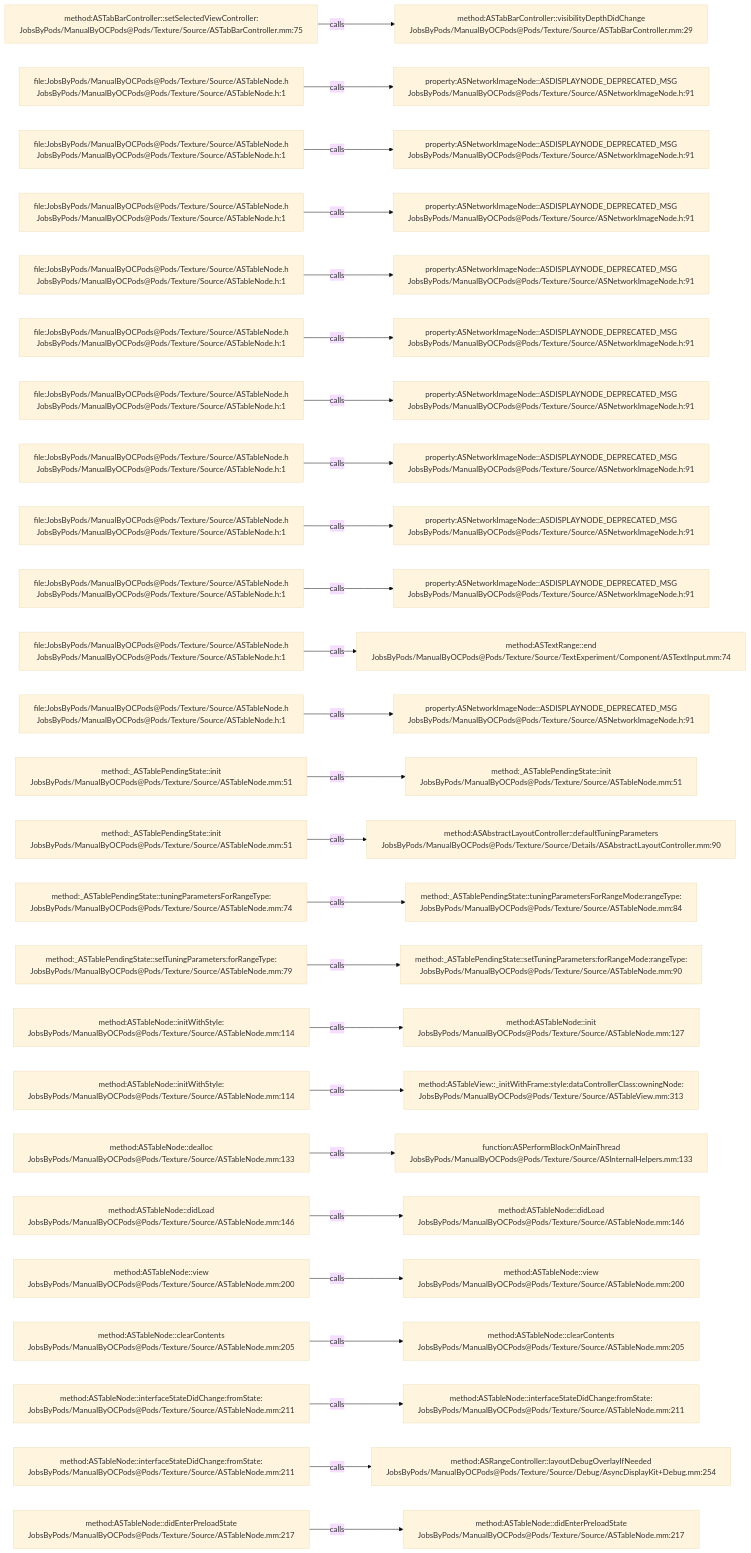
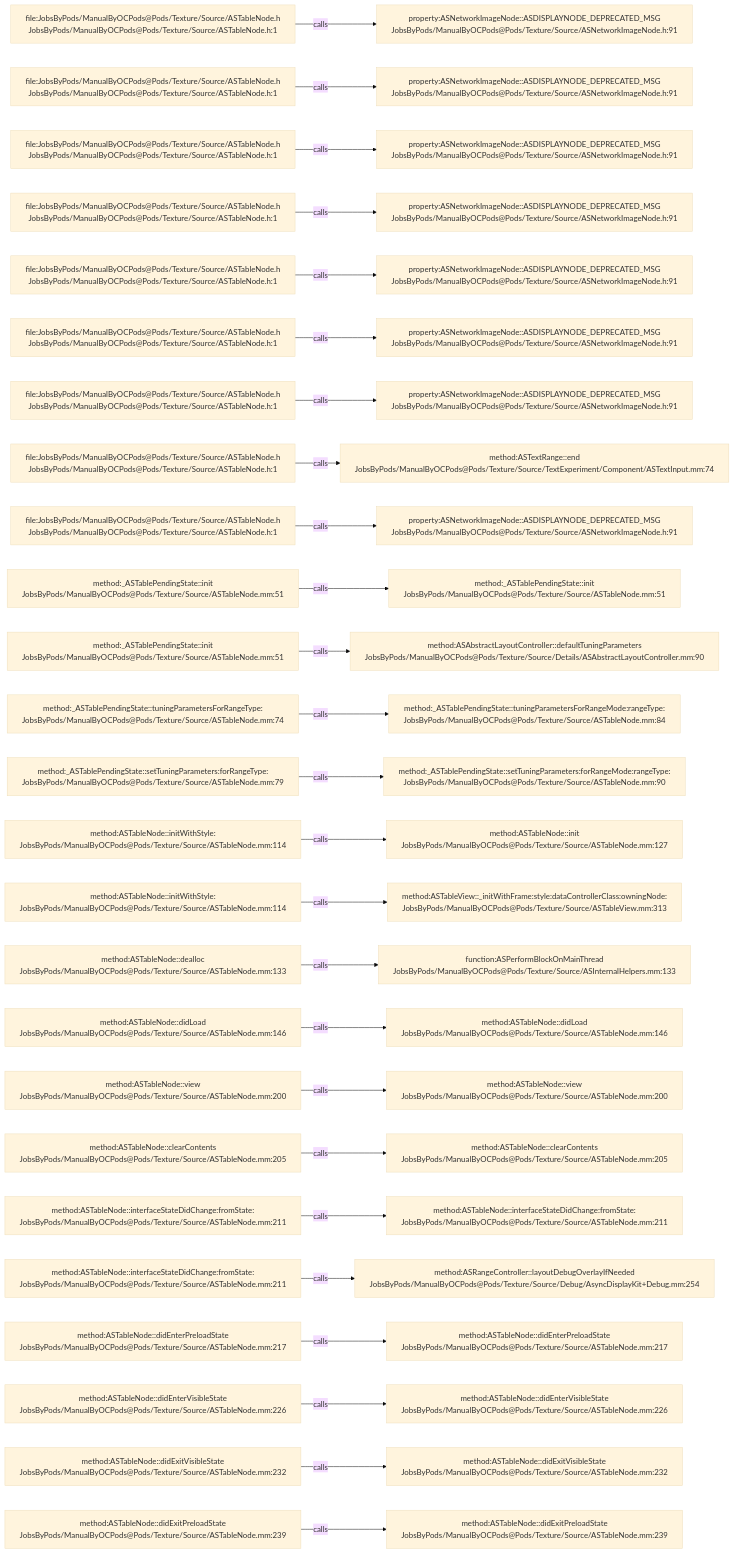
One commit to JobsKits/JobsOCBaseConfigDemo changed the diagram in .codegraph/codegraph.md/graphs/calls-124.md. Above: the diagram before and after it, drawn with Mermaid (base theme). The commit also changed 342 other files, not shown here.

````diff
--- a/.codegraph/codegraph.md/graphs/calls-124.md
+++ b/.codegraph/codegraph.md/graphs/calls-124.md
@@ -13,78 +13,78 @@
 ```mermaid
 flowchart LR
-  S1["method:ASTabBarController::setSelectedViewController:<br/>JobsByPods/ManualByOCPods@Pods/Texture/Source/ASTabBarController.mm:75"]
-  T1["method:ASTabBarController::visibilityDepthDidChange<br/>JobsByPods/ManualByOCPods@Pods/Texture/Source/ASTabBarController.mm:29"]
+  S1["file:JobsByPods/ManualByOCPods@Pods/Texture/Source/ASTableNode.h<br/>JobsByPods/ManualByOCPods@Pods/Texture/Source/ASTableNode.h:1"]
+  T1["property:ASNetworkImageNode::ASDISPLAYNODE_DEPRECATED_MSG<br/>JobsByPods/ManualByOCPods@Pods/Texture/Source/ASNetworkImageNode.h:91"]
   S1 -->|calls| T1
   S2["file:JobsByPods/ManualByOCPods@Pods/Texture/Source/ASTableNode.h<br/>JobsByPods/ManualByOCPods@Pods/Texture/Source/ASTableNode.h:1"]
   T2["property:ASNetworkImageNode::ASDISPLAYNODE_DEPRECATED_MSG<br/>JobsByPods/ManualByOCPods@Pods/Texture/Source/ASNetworkImageNode.h:91"]
   S2 -->|calls| T2
   S3["file:JobsByPods/ManualByOCPods@Pods/Texture/Source/ASTableNode.h<br/>JobsByPods/ManualByOCPods@Pods/Texture/Source/ASTableNode.h:1"]
   T3["property:ASNetworkImageNode::ASDISPLAYNODE_DEPRECATED_MSG<br/>JobsByPods/ManualByOCPods@Pods/Texture/Source/ASNetworkImageNode.h:91"]
   S3 -->|calls| T3
   S4["file:JobsByPods/ManualByOCPods@Pods/Texture/Source/ASTableNode.h<br/>JobsByPods/ManualByOCPods@Pods/Texture/Source/ASTableNode.h:1"]
   T4["property:ASNetworkImageNode::ASDISPLAYNODE_DEPRECATED_MSG<br/>JobsByPods/ManualByOCPods@Pods/Texture/Source/ASNetworkImageNode.h:91"]
   S4 -->|calls| T4
   S5["file:JobsByPods/ManualByOCPods@Pods/Texture/Source/ASTableNode.h<br/>JobsByPods/ManualByOCPods@Pods/Texture/Source/ASTableNode.h:1"]
   T5["property:ASNetworkImageNode::ASDISPLAYNODE_DEPRECATED_MSG<br/>JobsByPods/ManualByOCPods@Pods/Texture/Source/ASNetworkImageNode.h:91"]
   S5 -->|calls| T5
   S6["file:JobsByPods/ManualByOCPods@Pods/Texture/Source/ASTableNode.h<br/>JobsByPods/ManualByOCPods@Pods/Texture/Source/ASTableNode.h:1"]
   T6["property:ASNetworkImageNode::ASDISPLAYNODE_DEPRECATED_MSG<br/>JobsByPods/ManualByOCPods@Pods/Texture/Source/ASNetworkImageNode.h:91"]
   S6 -->|calls| T6
   S7["file:JobsByPods/ManualByOCPods@Pods/Texture/Source/ASTableNode.h<br/>JobsByPods/ManualByOCPods@Pods/Texture/Source/ASTableNode.h:1"]
   T7["property:ASNetworkImageNode::ASDISPLAYNODE_DEPRECATED_MSG<br/>JobsByPods/ManualByOCPods@Pods/Texture/Source/ASNetworkImageNode.h:91"]
   S7 -->|calls| T7
   S8["file:JobsByPods/ManualByOCPods@Pods/Texture/Source/ASTableNode.h<br/>JobsByPods/ManualByOCPods@Pods/Texture/Source/ASTableNode.h:1"]
-  T8["property:ASNetworkImageNode::ASDISPLAYNODE_DEPRECATED_MSG<br/>JobsByPods/ManualByOCPods@Pods/Texture/Source/ASNetworkImageNode.h:91"]
+  T8["method:ASTextRange::end<br/>JobsByPods/ManualByOCPods@Pods/Texture/Source/TextExperiment/Component/ASTextInput.mm:74"]
   S8 -->|calls| T8
   S9["file:JobsByPods/ManualByOCPods@Pods/Texture/Source/ASTableNode.h<br/>JobsByPods/ManualByOCPods@Pods/Texture/Source/ASTableNode.h:1"]
   T9["property:ASNetworkImageNode::ASDISPLAYNODE_DEPRECATED_MSG<br/>JobsByPods/ManualByOCPods@Pods/Texture/Source/ASNetworkImageNode.h:91"]
   S9 -->|calls| T9
-  S10["file:JobsByPods/ManualByOCPods@Pods/Texture/Source/ASTableNode.h<br/>JobsByPods/ManualByOCPods@Pods/Texture/Source/ASTableNode.h:1"]
-  T10["property:ASNetworkImageNode::ASDISPLAYNODE_DEPRECATED_MSG<br/>JobsByPods/ManualByOCPods@Pods/Texture/Source/ASNetworkImageNode.h:91"]
+  S10["method:_ASTablePendingState::init<br/>JobsByPods/ManualByOCPods@Pods/Texture/Source/ASTableNode.mm:51"]
+  T10["method:_ASTablePendingState::init<br/>JobsByPods/ManualByOCPods@Pods/Texture/Source/ASTableNode.mm:51"]
   S10 -->|calls| T10
-  S11["file:JobsByPods/ManualByOCPods@Pods/Texture/Source/ASTableNode.h<br/>JobsByPods/ManualByOCPods@Pods/Texture/Source/ASTableNode.h:1"]
-  T11["method:ASTextRange::end<br/>JobsByPods/ManualByOCPods@Pods/Texture/Source/TextExperiment/Component/ASTextInput.mm:74"]
+  S11["method:_ASTablePendingState::init<br/>JobsByPods/ManualByOCPods@Pods/Texture/Source/ASTableNode.mm:51"]
+  T11["method:ASAbstractLayoutController::defaultTuningParameters<br/>JobsByPods/ManualByOCPods@Pods/Texture/Source/Details/ASAbstractLayoutController.mm:90"]
   S11 -->|calls| T11
-  S12["file:JobsByPods/ManualByOCPods@Pods/Texture/Source/ASTableNode.h<br/>JobsByPods/ManualByOCPods@Pods/Texture/Source/ASTableNode.h:1"]
-  T12["property:ASNetworkImageNode::ASDISPLAYNODE_DEPRECATED_MSG<br/>JobsByPods/ManualByOCPods@Pods/Texture/Source/ASNetworkImageNode.h:91"]
+  S12["method:_ASTablePendingState::tuningParametersForRangeType:<br/>JobsByPods/ManualByOCPods@Pods/Texture/Source/ASTableNode.mm:74"]
+  T12["method:_ASTablePendingState::tuningParametersForRangeMode:rangeType:<br/>JobsByPods/ManualByOCPods@Pods/Texture/Source/ASTableNode.mm:84"]
   S12 -->|calls| T12
-  S13["method:_ASTablePendingState::init<br/>JobsByPods/ManualByOCPods@Pods/Texture/Source/ASTableNode.mm:51"]
-  T13["method:_ASTablePendingState::init<br/>JobsByPods/ManualByOCPods@Pods/Texture/Source/ASTableNode.mm:51"]
+  S13["method:_ASTablePendingState::setTuningParameters:forRangeType:<br/>JobsByPods/ManualByOCPods@Pods/Texture/Source/ASTableNode.mm:79"]
+  T13["method:_ASTablePendingState::setTuningParameters:forRangeMode:rangeType:<br/>JobsByPods/ManualByOCPods@Pods/Texture/Source/ASTableNode.mm:90"]
   S13 -->|calls| T13
-  S14["method:_ASTablePendingState::init<br/>JobsByPods/ManualByOCPods@Pods/Texture/Source/ASTableNode.mm:51"]
-  T14["method:ASAbstractLayoutController::defaultTuningParameters<br/>JobsByPods/ManualByOCPods@Pods/Texture/Source/Details/ASAbstractLayoutController.mm:90"]
+  S14["method:ASTableNode::initWithStyle:<br/>JobsByPods/ManualByOCPods@Pods/Texture/Source/ASTableNode.mm:114"]
+  T14["method:ASTableNode::init<br/>JobsByPods/ManualByOCPods@Pods/Texture/Source/ASTableNode.mm:127"]
   S14 -->|calls| T14
-  S15["method:_ASTablePendingState::tuningParametersForRangeType:<br/>JobsByPods/ManualByOCPods@Pods/Texture/Source/ASTableNode.mm:74"]
-  T15["method:_ASTablePendingState::tuningParametersForRangeMode:rangeType:<br/>JobsByPods/ManualByOCPods@Pods/Texture/Source/ASTableNode.mm:84"]
+  S15["method:ASTableNode::initWithStyle:<br/>JobsByPods/ManualByOCPods@Pods/Texture/Source/ASTableNode.mm:114"]
+  T15["method:ASTableView::_initWithFrame:style:dataControllerClass:owningNode:<br/>JobsByPods/ManualByOCPods@Pods/Texture/Source/ASTableView.mm:313"]
   S15 -->|calls| T15
-  S16["method:_ASTablePendingState::setTuningParameters:forRangeType:<br/>JobsByPods/ManualByOCPods@Pods/Texture/Source/ASTableNode.mm:79"]
-  T16["method:_ASTablePendingState::setTuningParameters:forRangeMode:rangeType:<br/>JobsByPods/ManualByOCPods@Pods/Texture/Source/ASTableNode.mm:90"]
+  S16["method:ASTableNode::dealloc<br/>JobsByPods/ManualByOCPods@Pods/Texture/Source/ASTableNode.mm:133"]
+  T16["function:ASPerformBlockOnMainThread<br/>JobsByPods/ManualByOCPods@Pods/Texture/Source/ASInternalHelpers.mm:133"]
   S16 -->|calls| T16
-  S17["method:ASTableNode::initWithStyle:<br/>JobsByPods/ManualByOCPods@Pods/Texture/Source/ASTableNode.mm:114"]
-  T17["method:ASTableNode::init<br/>JobsByPods/ManualByOCPods@Pods/Texture/Source/ASTableNode.mm:127"]
+  S17["method:ASTableNode::didLoad<br/>JobsByPods/ManualByOCPods@Pods/Texture/Source/ASTableNode.mm:146"]
+  T17["method:ASTableNode::didLoad<br/>JobsByPods/ManualByOCPods@Pods/Texture/Source/ASTableNode.mm:146"]
   S17 -->|calls| T17
-  S18["method:ASTableNode::initWithStyle:<br/>JobsByPods/ManualByOCPods@Pods/Texture/Source/ASTableNode.mm:114"]
-  T18["method:ASTableView::_initWithFrame:style:dataControllerClass:owningNode:<br/>JobsByPods/ManualByOCPods@Pods/Texture/Source/ASTableView.mm:313"]
+  S18["method:ASTableNode::view<br/>JobsByPods/ManualByOCPods@Pods/Texture/Source/ASTableNode.mm:200"]
+  T18["method:ASTableNode::view<br/>JobsByPods/ManualByOCPods@Pods/Texture/Source/ASTableNode.mm:200"]
   S18 -->|calls| T18
-  S19["method:ASTableNode::dealloc<br/>JobsByPods/ManualByOCPods@Pods/Texture/Source/ASTableNode.mm:133"]
-  T19["function:ASPerformBlockOnMainThread<br/>JobsByPods/ManualByOCPods@Pods/Texture/Source/ASInternalHelpers.mm:133"]
+  S19["method:ASTableNode::clearContents<br/>JobsByPods/ManualByOCPods@Pods/Texture/Source/ASTableNode.mm:205"]
+  T19["method:ASTableNode::clearContents<br/>JobsByPods/ManualByOCPods@Pods/Texture/Source/ASTableNode.mm:205"]
   S19 -->|calls| T19
-  S20["method:ASTableNode::didLoad<br/>JobsByPods/ManualByOCPods@Pods/Texture/Source/ASTableNode.mm:146"]
-  T20["method:ASTableNode::didLoad<br/>JobsByPods/ManualByOCPods@Pods/Texture/Source/ASTableNode.mm:146"]
+  S20["method:ASTableNode::interfaceStateDidChange:fromState:<br/>JobsByPods/ManualByOCPods@Pods/Texture/Source/ASTableNode.mm:211"]
+  T20["method:ASTableNode::interfaceStateDidChange:fromState:<br/>JobsByPods/ManualByOCPods@Pods/Texture/Source/ASTableNode.mm:211"]
   S20 -->|calls| T20
-  S21["method:ASTableNode::view<br/>JobsByPods/ManualByOCPods@Pods/Texture/Source/ASTableNode.mm:200"]
-  T21["method:ASTableNode::view<br/>JobsByPods/ManualByOCPods@Pods/Texture/Source/ASTableNode.mm:200"]
+  S21["method:ASTableNode::interfaceStateDidChange:fromState:<br/>JobsByPods/ManualByOCPods@Pods/Texture/Source/ASTableNode.mm:211"]
+  T21["method:ASRangeController::layoutDebugOverlayIfNeeded<br/>JobsByPods/ManualByOCPods@Pods/Texture/Source/Debug/AsyncDisplayKit+Debug.mm:254"]
   S21 -->|calls| T21
-  S22["method:ASTableNode::clearContents<br/>JobsByPods/ManualByOCPods@Pods/Texture/Source/ASTableNode.mm:205"]
-  T22["method:ASTableNode::clearContents<br/>JobsByPods/ManualByOCPods@Pods/Texture/Source/ASTableNode.mm:205"]
+  S22["method:ASTableNode::didEnterPreloadState<br/>JobsByPods/ManualByOCPods@Pods/Texture/Source/ASTableNode.mm:217"]
+  T22["method:ASTableNode::didEnterPreloadState<br/>JobsByPods/ManualByOCPods@Pods/Texture/Source/ASTableNode.mm:217"]
   S22 -->|calls| T22
-  S23["method:ASTableNode::interfaceStateDidChange:fromState:<br/>JobsByPods/ManualByOCPods@Pods/Texture/Source/ASTableNode.mm:211"]
-  T23["method:ASTableNode::interfaceStateDidChange:fromState:<br/>JobsByPods/ManualByOCPods@Pods/Texture/Source/ASTableNode.mm:211"]
+  S23["method:ASTableNode::didEnterVisibleState<br/>JobsByPods/ManualByOCPods@Pods/Texture/Source/ASTableNode.mm:226"]
+  T23["method:ASTableNode::didEnterVisibleState<br/>JobsByPods/ManualByOCPods@Pods/Texture/Source/ASTableNode.mm:226"]
   S23 -->|calls| T23
-  S24["method:ASTableNode::interfaceStateDidChange:fromState:<br/>JobsByPods/ManualByOCPods@Pods/Texture/Source/ASTableNode.mm:211"]
-  T24["method:ASRangeController::layoutDebugOverlayIfNeeded<br/>JobsByPods/ManualByOCPods@Pods/Texture/Source/Debug/AsyncDisplayKit+Debug.mm:254"]
+  S24["method:ASTableNode::didExitVisibleState<br/>JobsByPods/ManualByOCPods@Pods/Texture/Source/ASTableNode.mm:232"]
+  T24["method:ASTableNode::didExitVisibleState<br/>JobsByPods/ManualByOCPods@Pods/Texture/Source/ASTableNode.mm:232"]
   S24 -->|calls| T24
-  S25["method:ASTableNode::didEnterPreloadState<br/>JobsByPods/ManualByOCPods@Pods/Texture/Source/ASTableNode.mm:217"]
-  T25["method:ASTableNode::didEnterPreloadState<br/>JobsByPods/ManualByOCPods@Pods/Texture/Source/ASTableNode.mm:217"]
+  S25["method:ASTableNode::didExitPreloadState<br/>JobsByPods/ManualByOCPods@Pods/Texture/Source/ASTableNode.mm:239"]
+  T25["method:ASTableNode::didExitPreloadState<br/>JobsByPods/ManualByOCPods@Pods/Texture/Source/ASTableNode.mm:239"]
   S25 -->|calls| T25
 ```
````
